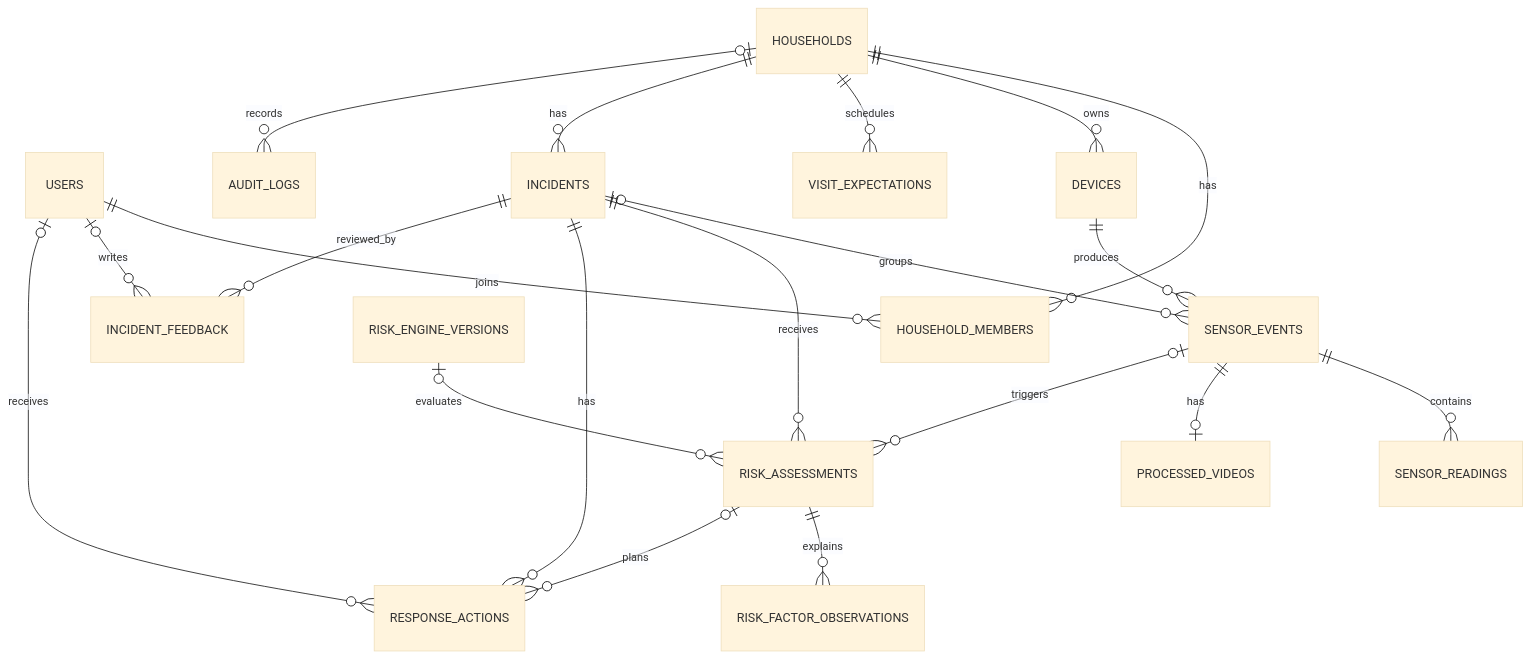
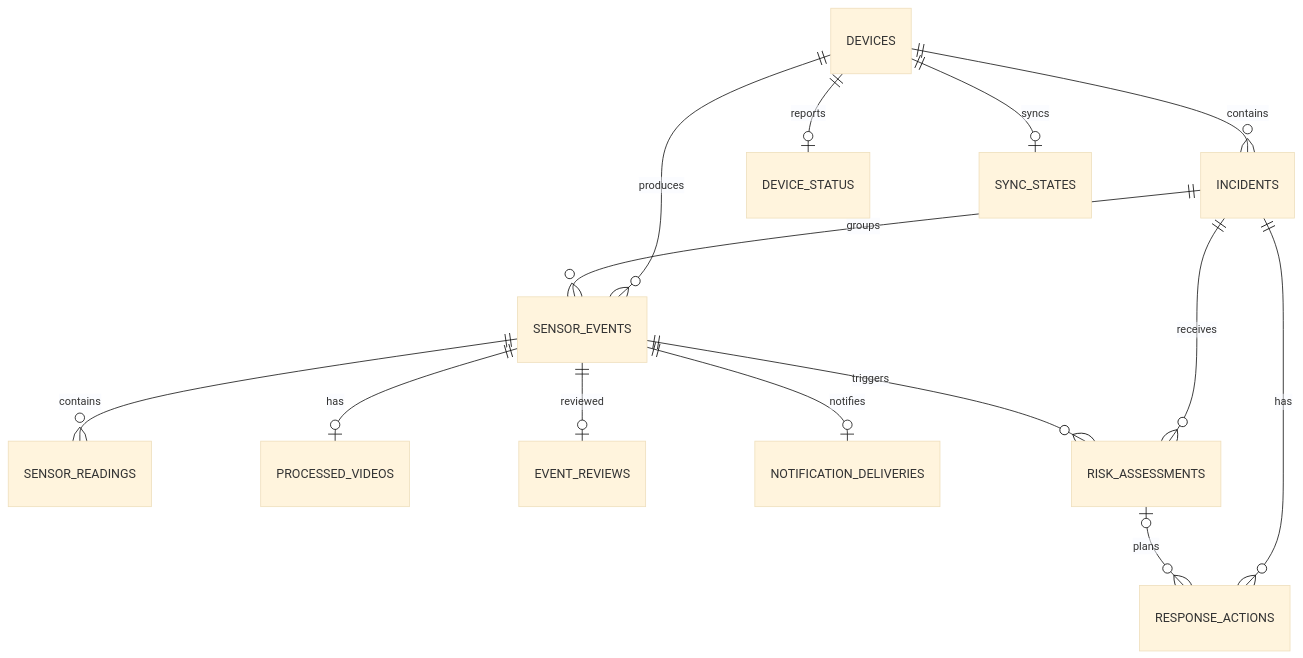
Before and after one commit to Uree1229/Risk-ZERO: the second of 2 diagrams in docs/database-design.md, drawn with Mermaid (base theme). The commit also changed other lines of this file and 35 other files, not shown here.

````diff
--- a/docs/database-design.md
+++ b/docs/database-design.md
@@ -44,22 +34,18 @@
 ```mermaid
 erDiagram
-    USERS ||--o{ HOUSEHOLD_MEMBERS : joins
-    HOUSEHOLDS ||--o{ HOUSEHOLD_MEMBERS : has
-    HOUSEHOLDS ||--o{ DEVICES : owns
-    HOUSEHOLDS ||--o{ VISIT_EXPECTATIONS : schedules
-    HOUSEHOLDS ||--o{ INCIDENTS : has
+    DEVICES ||--o{ INCIDENTS : contains
     DEVICES ||--o{ SENSOR_EVENTS : produces
-    INCIDENTS o|--o{ SENSOR_EVENTS : groups
+    DEVICES ||--o| DEVICE_STATUS : reports
+    DEVICES ||--o| SYNC_STATES : syncs
+
+    INCIDENTS ||--o{ SENSOR_EVENTS : groups
     SENSOR_EVENTS ||--o{ SENSOR_READINGS : contains
     SENSOR_EVENTS ||--o| PROCESSED_VIDEOS : has
+    SENSOR_EVENTS ||--o| EVENT_REVIEWS : reviewed
+    SENSOR_EVENTS ||--o| NOTIFICATION_DELIVERIES : notifies
+
     INCIDENTS ||--o{ RISK_ASSESSMENTS : receives
-    RISK_ENGINE_VERSIONS o|--o{ RISK_ASSESSMENTS : evaluates
-    SENSOR_EVENTS o|--o{ RISK_ASSESSMENTS : triggers
-    RISK_ASSESSMENTS ||--o{ RISK_FACTOR_OBSERVATIONS : explains
+    SENSOR_EVENTS ||--o{ RISK_ASSESSMENTS : triggers
+    INCIDENTS ||--o{ RESPONSE_ACTIONS : has
     RISK_ASSESSMENTS o|--o{ RESPONSE_ACTIONS : plans
-    INCIDENTS ||--o{ RESPONSE_ACTIONS : has
-    INCIDENTS ||--o{ INCIDENT_FEEDBACK : reviewed_by
-    USERS o|--o{ INCIDENT_FEEDBACK : writes
-    USERS o|--o{ RESPONSE_ACTIONS : receives
-    HOUSEHOLDS o|--o{ AUDIT_LOGS : records
 ```
````
